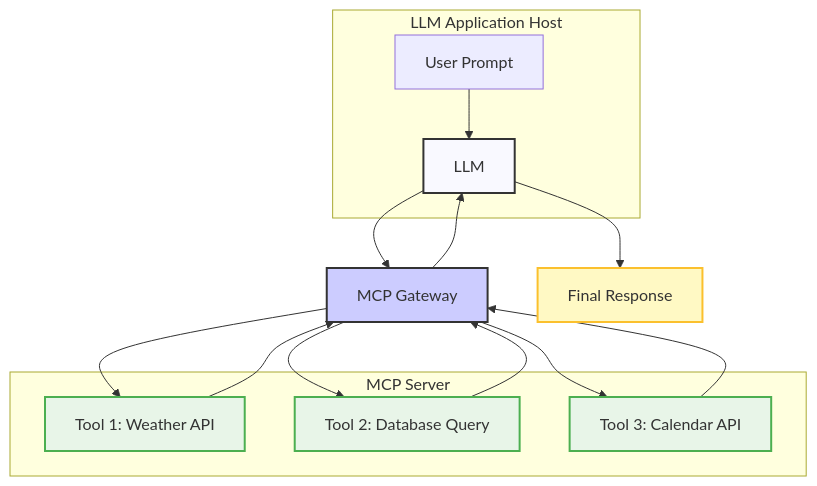
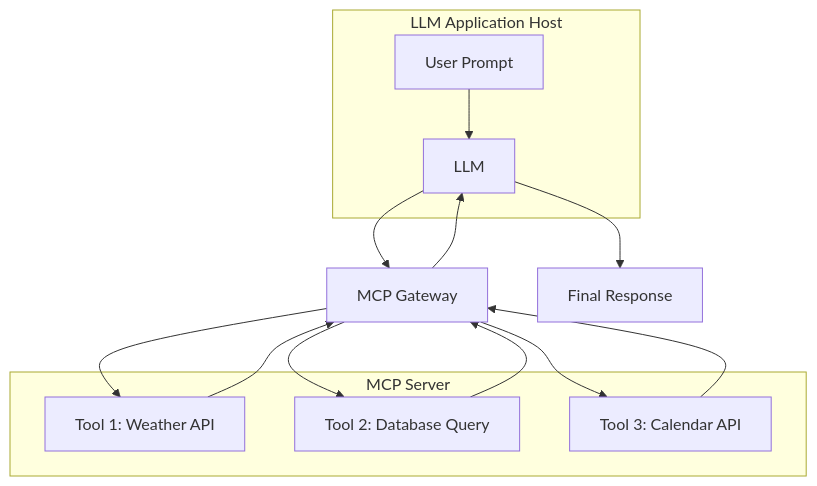
One commit to harimkang/ai-engineer-guide changed the diagram in docs/4-대규모-언어-모델-llm/4-7-tool-or-function-calling-and-json-schema/tool-calling-standardization-and-safety.md. Above: the diagram before and after it, drawn with Mermaid. The commit also changed 45 other files, not shown here.

````diff
--- a/docs/4-대규모-언어-모델-llm/4-7-tool-or-function-calling-and-json-schema/tool-calling-standardization-and-safety.md
+++ b/docs/4-대규모-언어-모델-llm/4-7-tool-or-function-calling-and-json-schema/tool-calling-standardization-and-safety.md
@@ -27,29 +27,22 @@
 ```mermaid
 graph TD
     subgraph "LLM Application Host"
         A[User Prompt] --> B[LLM]
     end
 
     subgraph "MCP Server"
         D[Tool 1: Weather API]
         E[Tool 2: Database Query]
         F[Tool 3: Calendar API]
     end
 
     B --> C[MCP Gateway]
     C --> D
     C --> E
     C --> F
     D --> C
     E --> C
     F --> C
     C --> B
     B --> G[Final Response]
-
-    style B fill:#f9f9ff,stroke:#333,stroke-width:2px
-    style C fill:#ccccff,stroke:#333,stroke-width:2px
-    style D fill:#e8f5e8,stroke:#4caf50,stroke-width:2px
-    style E fill:#e8f5e8,stroke:#4caf50,stroke-width:2px
-    style F fill:#e8f5e8,stroke:#4caf50,stroke-width:2px
-    style G fill:#fff9c4,stroke:#fbc02d,stroke-width:2px
 ```
````
